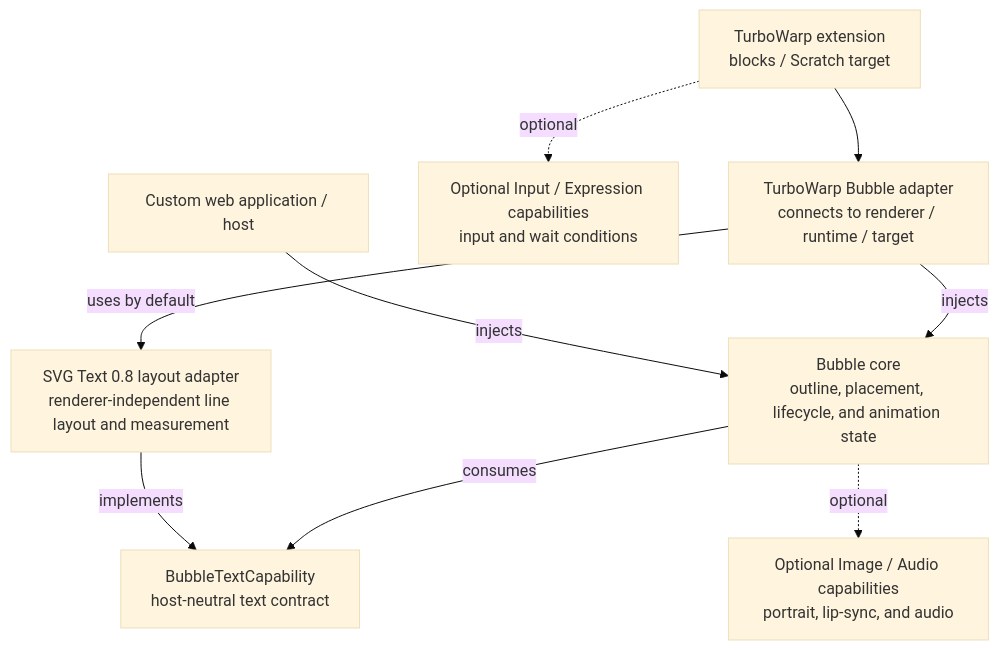
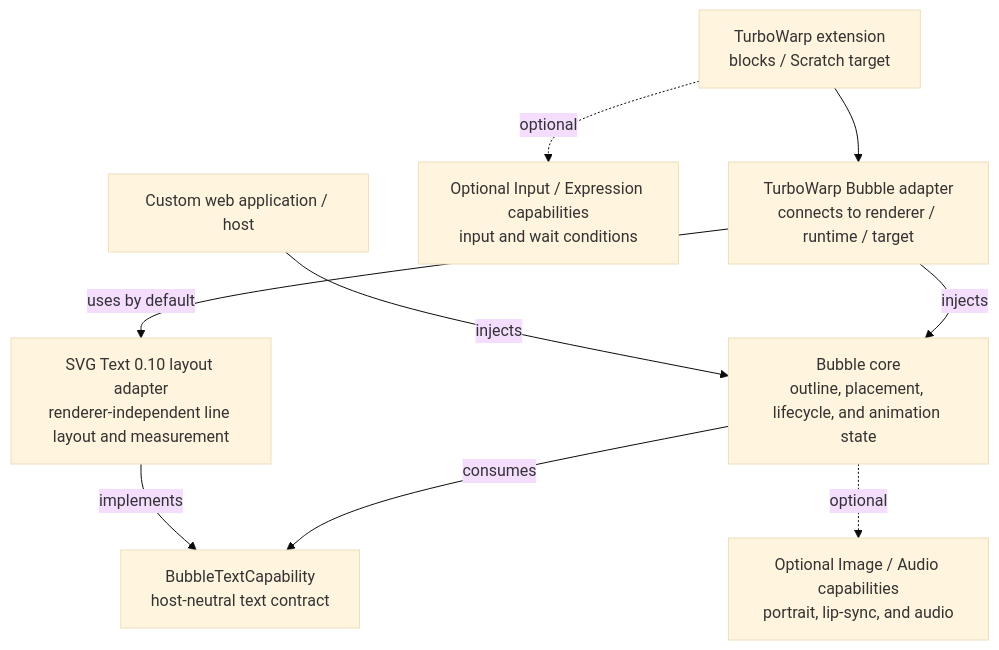
Before and after one commit to kubohiroya/turbowarp-bubble: the second of 6 diagrams in README.md, drawn with Mermaid (base theme). The commit also changed other lines of this file and 19 other files, not shown here.

````diff
--- a/README.md
+++ b/README.md
@@ -54,19 +54,19 @@
 ```mermaid
 flowchart TB
   core["Bubble core\noutline, placement, lifecycle, and animation state"]
   contract["BubbleTextCapability\nhost-neutral text contract"]
   twAdapter["TurboWarp Bubble adapter\nconnects to renderer / runtime / target"]
-  svgAdapter["SVG Text 0.8 layout adapter\nrenderer-independent line layout and measurement"]
+  svgAdapter["SVG Text 0.10 layout adapter\nrenderer-independent line layout and measurement"]
   assets["Optional Image / Audio capabilities\nportrait, lip-sync, and audio"]
   input["Optional Input / Expression capabilities\ninput and wait conditions"]
   host["Custom web application / host"]
   extension["TurboWarp extension\nblocks / Scratch target"]
   core -->|"consumes"| contract
   svgAdapter -->|"implements"| contract
   twAdapter -->|"injects"| core
   twAdapter -->|"uses by default"| svgAdapter
   host -->|"injects"| core
   core -."optional".-> assets
   extension --> twAdapter
   extension -."optional".-> input
 ```
````
